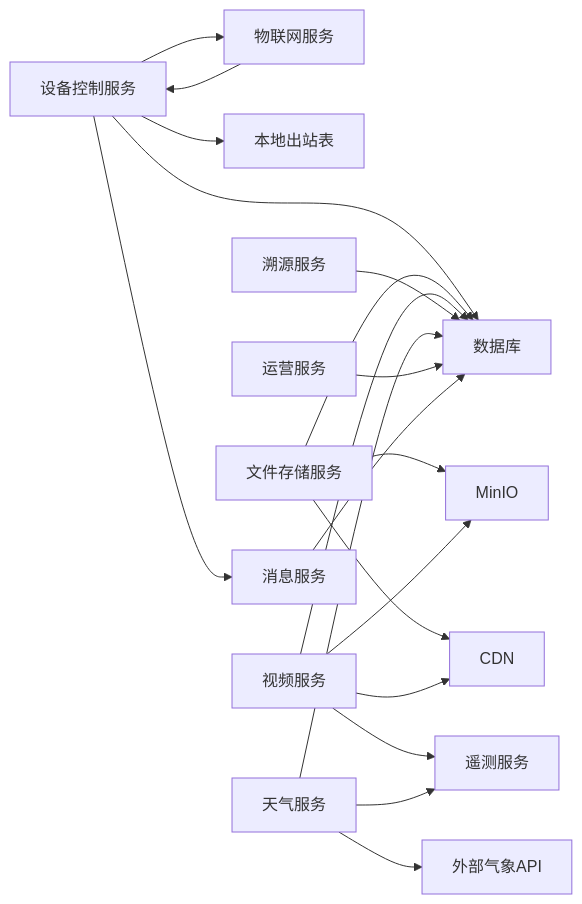
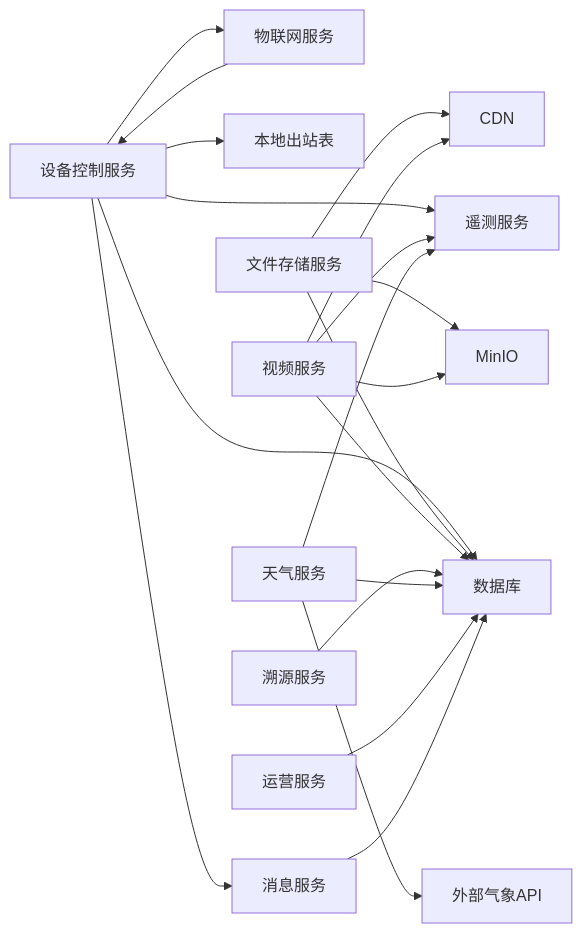
Diagram 34 of 34 in .qoder/repowiki/zh/content/核心服务文档/其他业务服务.md (q446328246/agri-platform), drawn with Mermaid before and after one commit. The commit also changed other lines of this file and 6 other files, not shown here.

````diff
--- a/.qoder/repowiki/zh/content/核心服务文档/其他业务服务.md
+++ b/.qoder/repowiki/zh/content/核心服务文档/其他业务服务.md
@@ -931,21 +948,22 @@
 ```mermaid
 graph LR
 CS["设备控制服务"] --> IoT["物联网服务"]
 CS --> DB["数据库"]
 CS --> OUTBOX["本地出站表"]
 CS --> MS["消息服务"]
+CS --> TELEMETRY["遥测服务"]
 IoT --> CS
 FS["文件存储服务"] --> MINIO["MinIO"]
 FS --> CDN["CDN"]
 FS --> DB
 VID["视频服务"] --> MINIO
 VID --> CDN
 VID --> DB
-VID --> TELEMETRY["遥测服务"]
+VID --> TELEMETRY
 TRC["溯源服务"] --> DB
 WTH["天气服务"] --> EXT["外部气象API"]
 WTH --> DB
 WTH --> TELEMETRY
 OPS["运营服务"] --> DB
 MS --> DB
 ```
````
